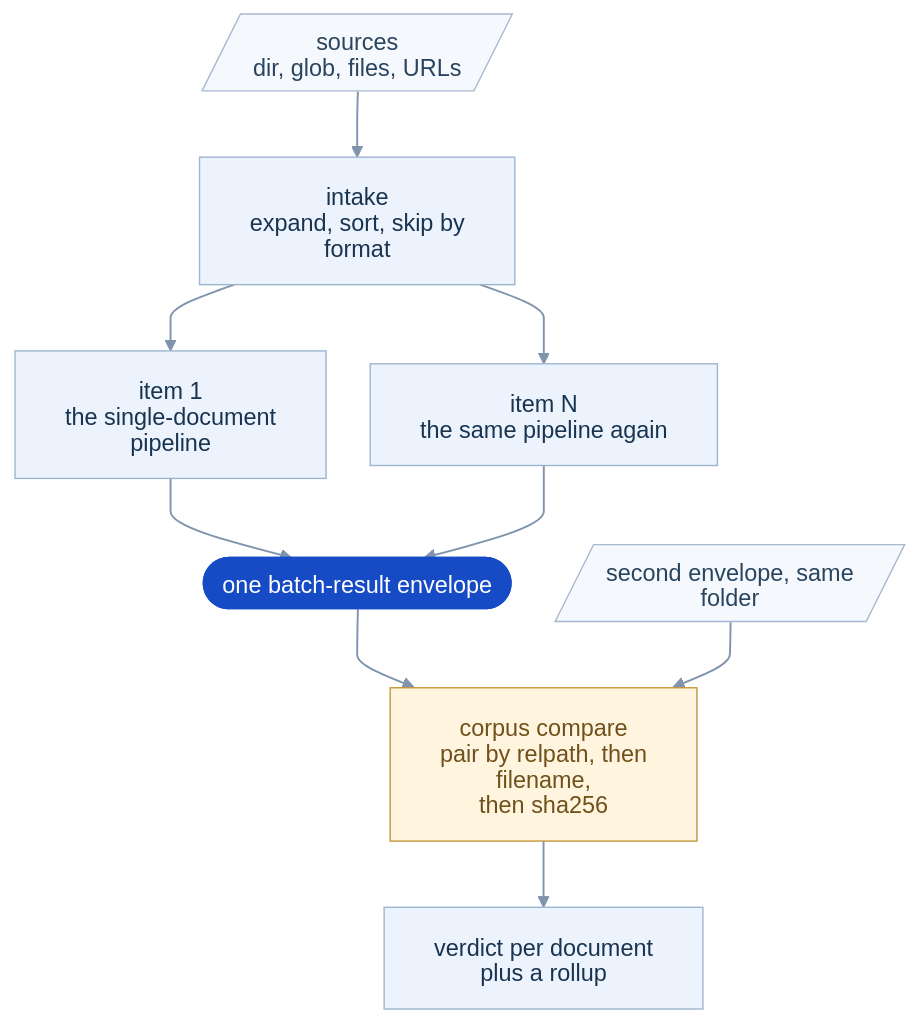
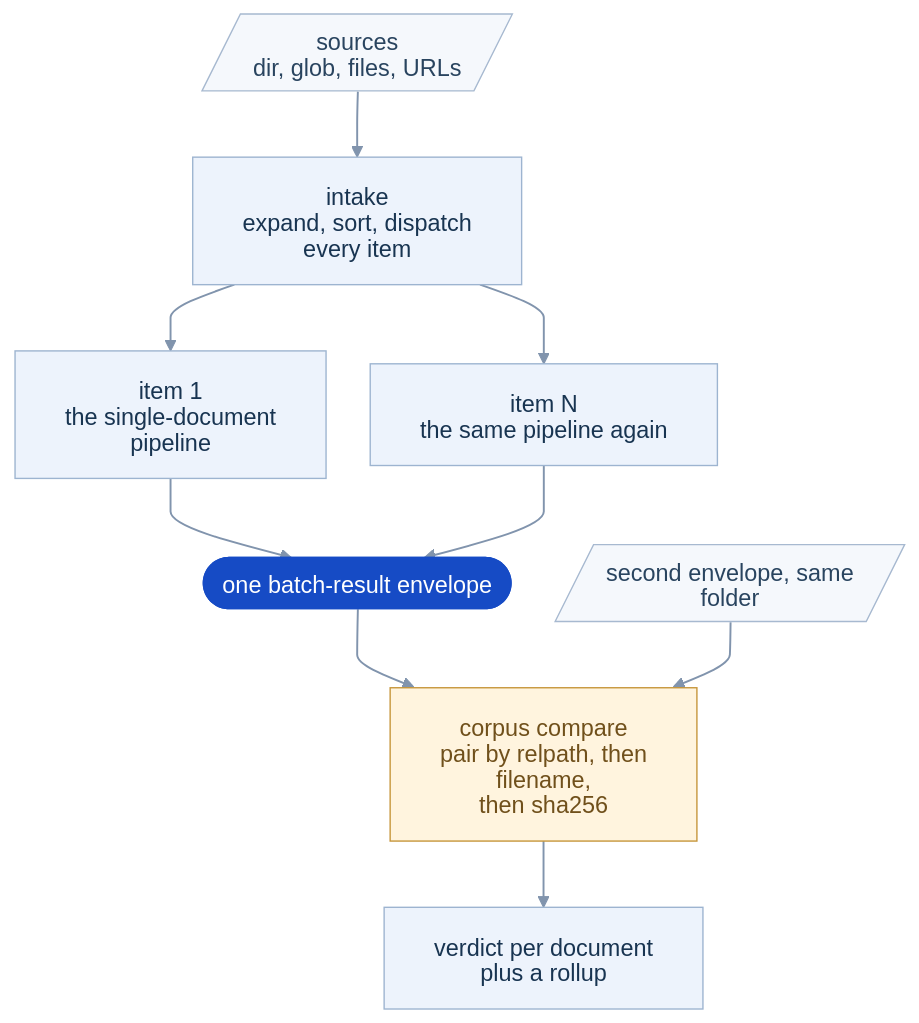
One commit to openreading-ai/openreading-core changed the diagram in src/openreading/batch/README.md. Above: the diagram before and after it, drawn with Mermaid. The commit also changed other lines of this file and 15 other files, not shown here.

First line of the commit message:
docs: unify core diagrams with polished vector artwork

````diff
--- a/src/openreading/batch/README.md
+++ b/src/openreading/batch/README.md
@@ -44,21 +44,21 @@
 ```mermaid
 %%{init: {"theme":"base","fontFamily":"Arial","deterministicIds":true,"deterministicIDSeed":"openreading","htmlLabels":false,"themeVariables":{"fontFamily":"Arial","fontSize":"17px","lineColor":"#8194ad","textColor":"#183451","primaryTextColor":"#183451","primaryColor":"#edf3fc","primaryBorderColor":"#9db4d0","edgeLabelBackground":"#ffffff","clusterBkg":"#f5f8fc","clusterBorder":"#d7e1ee","titleColor":"#183451","actorBkg":"#edf3fc","actorBorder":"#9db4d0","actorTextColor":"#183451","actorLineColor":"#9db4d0","signalColor":"#527095","signalTextColor":"#183451","labelBoxBkgColor":"#fff4de","labelBoxBorderColor":"#c6953a","labelTextColor":"#70501b","loopTextColor":"#527095","noteBkgColor":"#edf3fc","noteBorderColor":"#9db4d0","noteTextColor":"#183451","sequenceNumberColor":"#ffffff","activationBkgColor":"#e7f3ee","activationBorderColor":"#679780"},"flowchart":{"curve":"monotoneY","nodeSpacing":32,"rankSpacing":48,"padding":18,"useMaxWidth":true},"sequence":{"useMaxWidth":true,"actorMargin":65,"messageMargin":38,"mirrorActors":false}}}%%
 flowchart TD
-  S[/"sources<br>dir, glob, files, URLs"/]:::src --> I["intake<br>expand, sort, skip by format"]:::work
+  S[/"sources<br>dir, glob, files, URLs"/]:::src --> I["intake<br>expand, sort, dispatch every item"]:::work
   I --> R1["item 1<br>the single-document pipeline"]:::work
   I --> R2["item N<br>the same pipeline again"]:::work
   R1 --> E(["one batch-result envelope"]):::hero
   R2 --> E
   E --> C["corpus compare<br>pair by relpath, then filename,<br>then sha256"]:::gate
   E2[/"second envelope, same folder"/]:::src --> C
   C --> V["verdict per document<br>plus a rollup"]:::out
   classDef src fill:#f5f8fc,stroke:#a7b9d0,stroke-width:1px,color:#29445f;
   classDef work fill:#edf3fc,stroke:#9db4d0,stroke-width:1px,color:#183451;
   classDef gate fill:#fff4de,stroke:#c6953a,stroke-width:1px,color:#70501b;
   classDef good fill:#e7f3ee,stroke:#679780,stroke-width:1px,color:#245740;
   classDef bad fill:#fbeeee,stroke:#c78686,stroke-width:1px,color:#803d3d;
   classDef store fill:#e7f3ee,stroke:#679780,stroke-width:1px,color:#245740;
   classDef out fill:#edf3fc,stroke:#9db4d0,stroke-width:1px,color:#183451;
   classDef hero fill:#164bc5,stroke:#164bc5,stroke-width:1px,color:#ffffff;
   linkStyle default stroke-width:1.4px;
 ```
````
